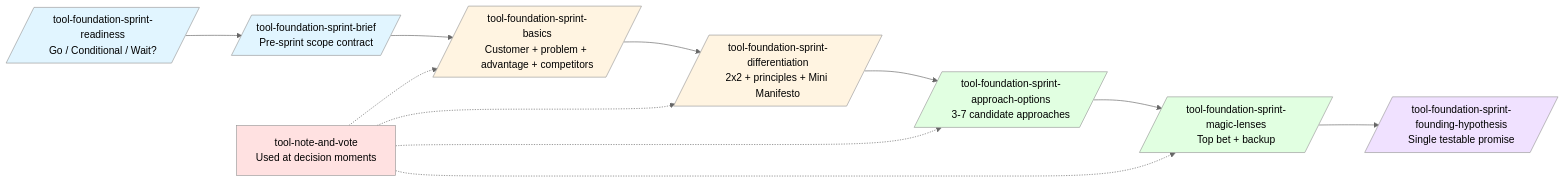
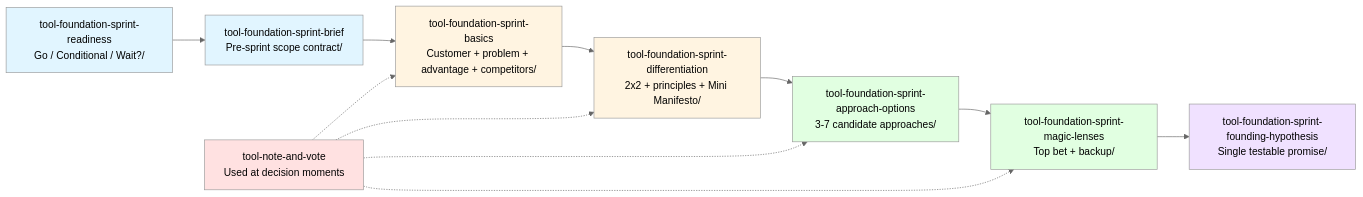
The first of 2 diagrams in docs/guides/using-foundation-sprint.md (product-on-purpose/pm-skills), drawn with Mermaid (neutral theme) before and after one commit. The commit also changed other lines of this file and 187 other files, not shown here.

````diff
--- a/docs/guides/using-foundation-sprint.md
+++ b/docs/guides/using-foundation-sprint.md
@@ -18,26 +18,26 @@
 ```mermaid
 flowchart LR
-    R[/tool-foundation-sprint-readiness<br/>Go / Conditional / Wait?/]
-    B[/tool-foundation-sprint-brief<br/>Pre-sprint scope contract/]
-    BA[/tool-foundation-sprint-basics<br/>Customer + problem + advantage + competitors/]
-    D[/tool-foundation-sprint-differentiation<br/>2x2 + principles + Mini Manifesto/]
-    AO[/tool-foundation-sprint-approach-options<br/>3-7 candidate approaches/]
-    ML[/tool-foundation-sprint-magic-lenses<br/>Top bet + backup/]
-    FH[/tool-foundation-sprint-founding-hypothesis<br/>Single testable promise/]
+    R[tool-foundation-sprint-readiness<br/>Go / Conditional / Wait?/]
+    B[tool-foundation-sprint-brief<br/>Pre-sprint scope contract/]
+    BA[tool-foundation-sprint-basics<br/>Customer + problem + advantage + competitors/]
+    D[tool-foundation-sprint-differentiation<br/>2x2 + principles + Mini Manifesto/]
+    AO[tool-foundation-sprint-approach-options<br/>3-7 candidate approaches/]
+    ML[tool-foundation-sprint-magic-lenses<br/>Top bet + backup/]
+    FH[tool-foundation-sprint-founding-hypothesis<br/>Single testable promise/]
     NV[tool-note-and-vote<br/>Used at decision moments]
 
     R --> B --> BA --> D --> AO --> ML --> FH
     NV -.-> BA
     NV -.-> D
     NV -.-> AO
     NV -.-> ML
 
     style R fill:#e1f5ff
     style B fill:#e1f5ff
     style BA fill:#fff4e1
     style D fill:#fff4e1
     style AO fill:#e1ffe1
     style ML fill:#e1ffe1
     style FH fill:#f0e1ff
     style NV fill:#ffe1e1
 ```
````
